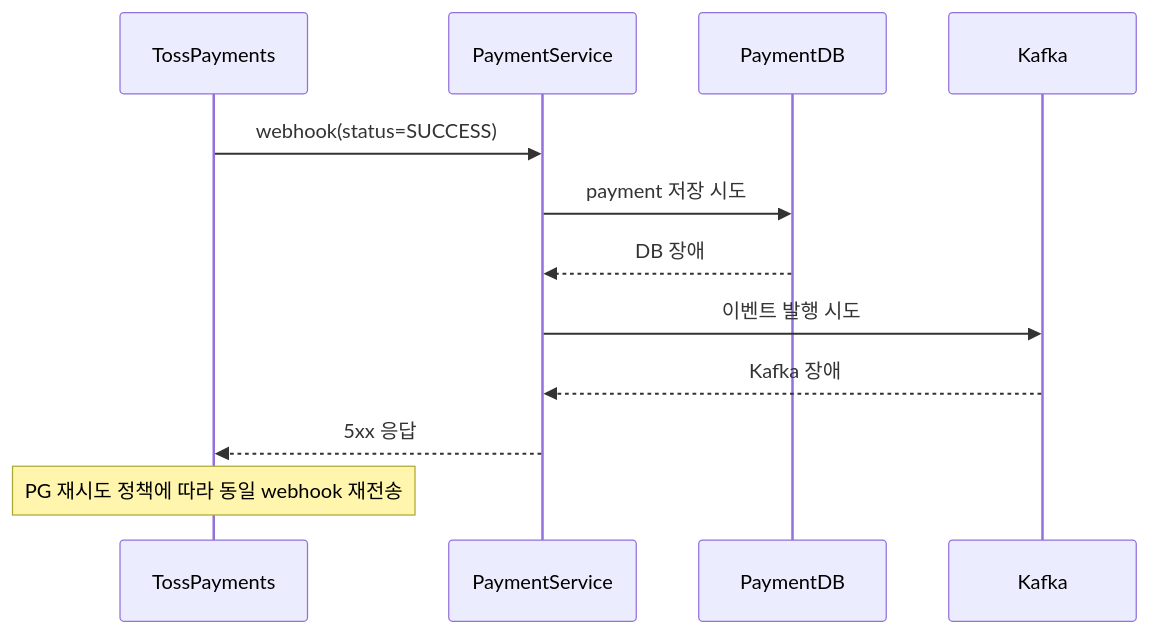
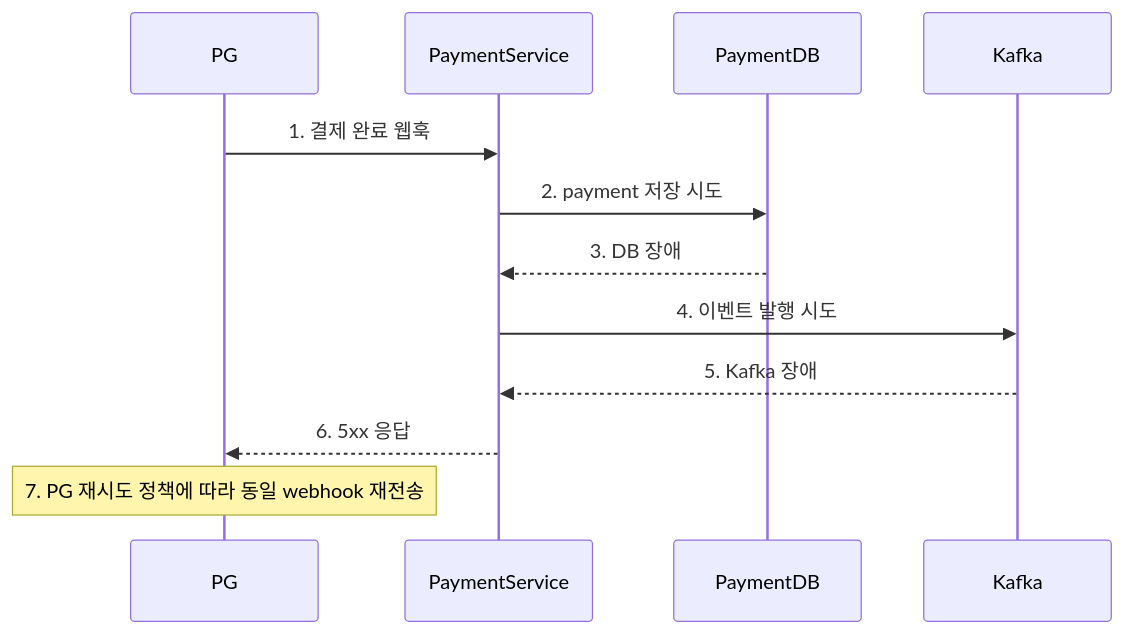
Before and after one commit to Hwasowl/ecommerce: the tenth of 11 diagrams in README.md, drawn with Mermaid. The commit also changed other lines of this file, not shown here.

````diff
--- a/README.md
+++ b/README.md
@@ -374,16 +359,16 @@
 ```mermaid
 sequenceDiagram
-    participant TossPayments
+    participant PG
     participant PaymentService
     participant PaymentDB
     participant Kafka
 
-    TossPayments->>PaymentService: webhook(status=SUCCESS)
-    PaymentService->>PaymentDB: payment 저장 시도
-    PaymentDB-->>PaymentService: DB 장애
-    PaymentService->>Kafka: 이벤트 발행 시도
-    Kafka-->>PaymentService: Kafka 장애
+    PG->>PaymentService: 1. 결제 완료 웹훅
+    PaymentService->>PaymentDB: 2. payment 저장 시도
+    PaymentDB-->>PaymentService: 3. DB 장애
+    PaymentService->>Kafka: 4. 이벤트 발행 시도
+    Kafka-->>PaymentService: 5. Kafka 장애
 
-    PaymentService-->>TossPayments: 5xx 응답
-    Note over TossPayments: PG 재시도 정책에 따라 동일 webhook 재전송
+    PaymentService-->>PG: 6. 5xx 응답
+    Note over PG: 7. PG 재시도 정책에 따라 동일 webhook 재전송
 ```
````
